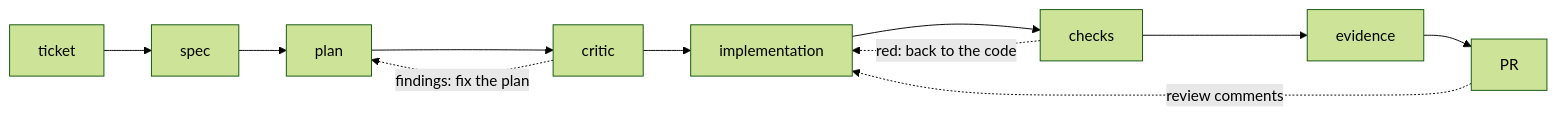
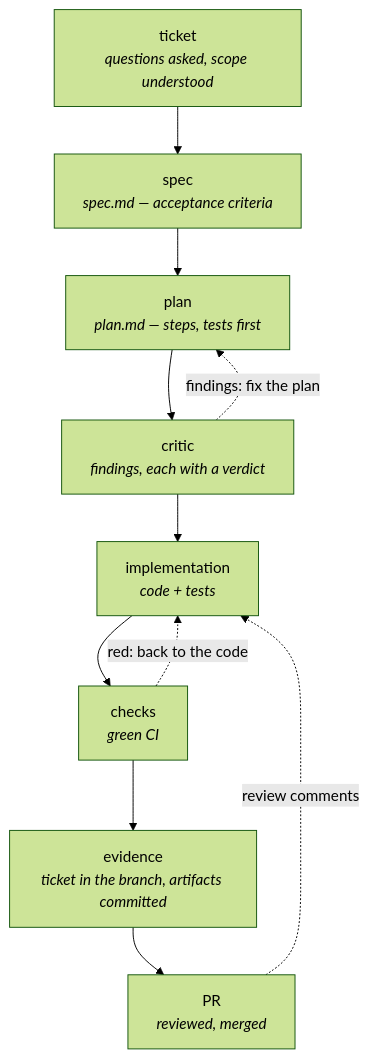
The diagram in test-task/tasks/BEVN-202-session-waitlist.md (rolling-scopes-school/ai-native), drawn with Mermaid (forest theme) before and after one commit. The commit also changed other lines of this file, not shown here.

Commit message:
task: BEVN-202 addition — drop the conveyor metaphor, vertical diagram with artifacts
The sequence is now named for what it is — the AI SDLC in its smallest
practical form, linked to the published requirements doc — instead of the
"conveyor" metaphor the factory itself does not use. Diagram goes vertical,
each step node names the artifact it leaves behind (dotted-edge labels now
quoted). "Expensive" clarified to "expensive to change".

Claude-Session: https://claude.ai/code/session_01AdUPDHJbgs2XD1UkhwTF2M

````diff
--- a/test-task/tasks/BEVN-202-session-waitlist.md
+++ b/test-task/tasks/BEVN-202-session-waitlist.md
@@ -25,7 +25,13 @@
 ```mermaid
-flowchart LR
-    T[ticket] --> S[spec] --> P[plan] --> C[critic] --> I[implementation] --> CH[checks] --> E[evidence] --> PR[PR]
-    C -. findings: fix the plan .-> P
-    CH -. red: back to the code .-> I
-    PR -. review comments .-> I
+flowchart TB
+    T["ticket<br/><i>questions asked, scope understood</i>"] --> S["spec<br/><i>spec.md — acceptance criteria</i>"]
+    S --> P["plan<br/><i>plan.md — steps, tests first</i>"]
+    P --> C["critic<br/><i>findings, each with a verdict</i>"]
+    C --> I["implementation<br/><i>code + tests</i>"]
+    I --> CH["checks<br/><i>green CI</i>"]
+    CH --> E["evidence<br/><i>ticket in the branch, artifacts committed</i>"]
+    E --> PR["PR<br/><i>reviewed, merged</i>"]
+    C -. "findings: fix the plan" .-> P
+    CH -. "red: back to the code" .-> I
+    PR -. "review comments" .-> I
 ```
````
